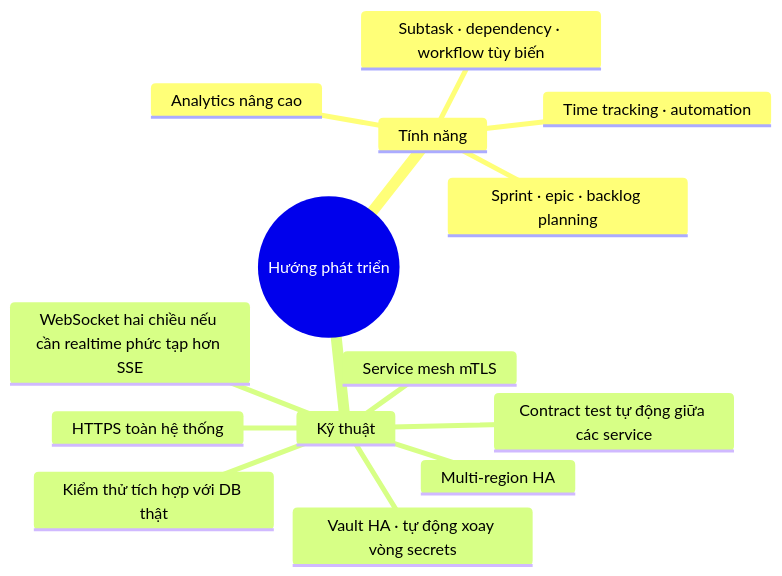
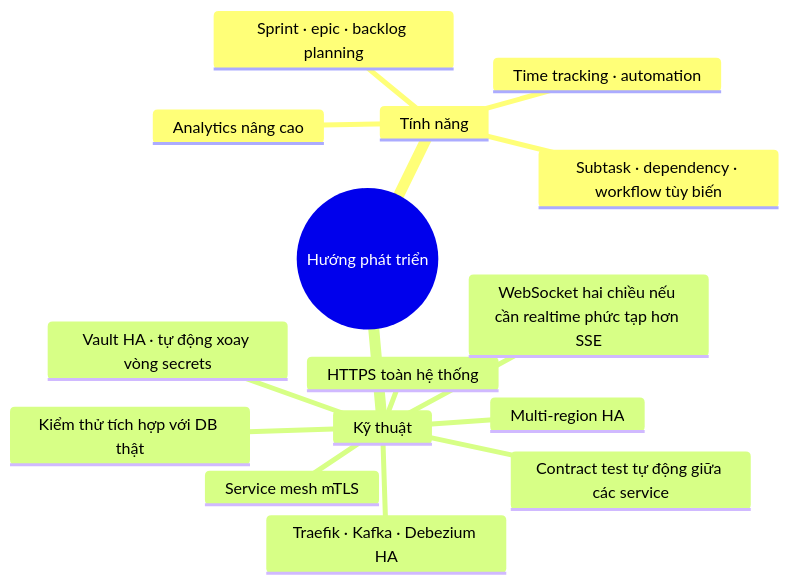
One commit to lengocanh2005it/collabspace changed diagram 43 of 43 in docs/presentation-outline.md. Above: the diagram before and after it, drawn with Mermaid. The commit also changed other lines of this file, not shown here.

First line of the commit message:
docs(presentation): add SPOF note for Traefik, Kafka, Debezium in Slide 16

````diff
--- a/docs/presentation-outline.md
+++ b/docs/presentation-outline.md
@@ -1727,17 +1727,18 @@
 ```mermaid
 mindmap
   root((Hướng phát triển))
     Tính năng
       Subtask · dependency · workflow tùy biến
       Sprint · epic · backlog planning
       Time tracking · automation
       Analytics nâng cao
     Kỹ thuật
       Vault HA · tự động xoay vòng secrets
       HTTPS toàn hệ thống
       Contract test tự động giữa các service
       Kiểm thử tích hợp với DB thật
       Service mesh mTLS
       Multi-region HA
       WebSocket hai chiều nếu cần realtime phức tạp hơn SSE
+      Traefik · Kafka · Debezium HA
 ```
````
